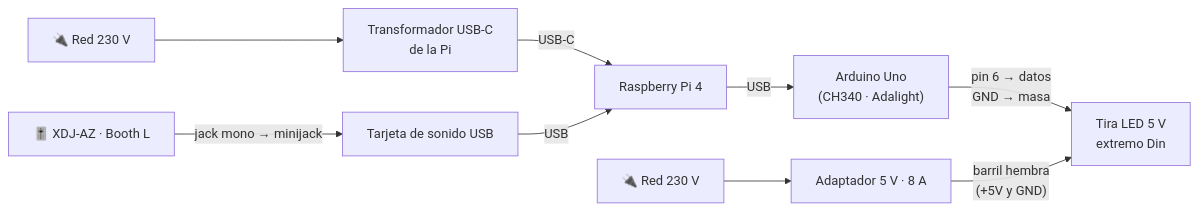
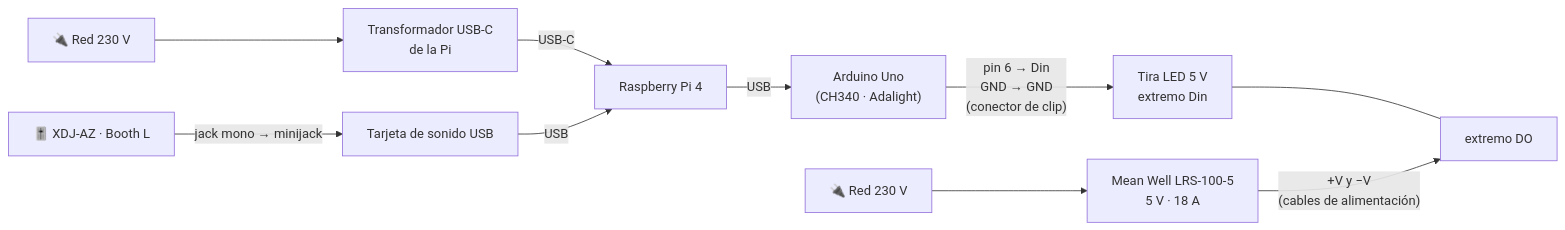
The diagram in HARDWARE_SETUP.md (7daysofrain/mood-table-v2), drawn with Mermaid before and after one commit. The commit also changed other lines of this file and 3 other files, not shown here.

First line of the commit message:
docs: documentar la tira de 153 LEDs y la fuente LRS-100-5 de la mesa

````diff
--- a/HARDWARE_SETUP.md
+++ b/HARDWARE_SETUP.md
@@ -38,11 +39,12 @@
 ```mermaid
 flowchart LR
   red1["🔌 Red 230 V"] --> trafoPi["Transformador USB-C<br/>de la Pi"]
-  red2["🔌 Red 230 V"] --> fuente["Adaptador 5 V · 8 A"]
+  red2["🔌 Red 230 V"] --> fuente["Mean Well LRS-100-5<br/>5 V · 18 A"]
   trafoPi -->|USB-C| pi["Raspberry Pi 4"]
   mixer["🎚️ XDJ-AZ · Booth L"] -->|jack mono → minijack| tarjeta["Tarjeta de sonido USB"]
   tarjeta -->|USB| pi
   pi -->|USB| uno["Arduino Uno<br/>(CH340 · Adalight)"]
-  uno -->|"pin 6 → datos<br/>GND → masa"| tira["Tira LED 5 V<br/>extremo Din"]
-  fuente -->|"barril hembra<br/>(+5V y GND)"| tira
+  uno -->|"pin 6 → Din<br/>GND → GND<br/>(conector de clip)"| din["Tira LED 5 V<br/>extremo Din"]
+  din --- do["extremo DO"]
+  fuente -->|"+V y −V<br/>(cables de alimentación)"| do
 ```
````
